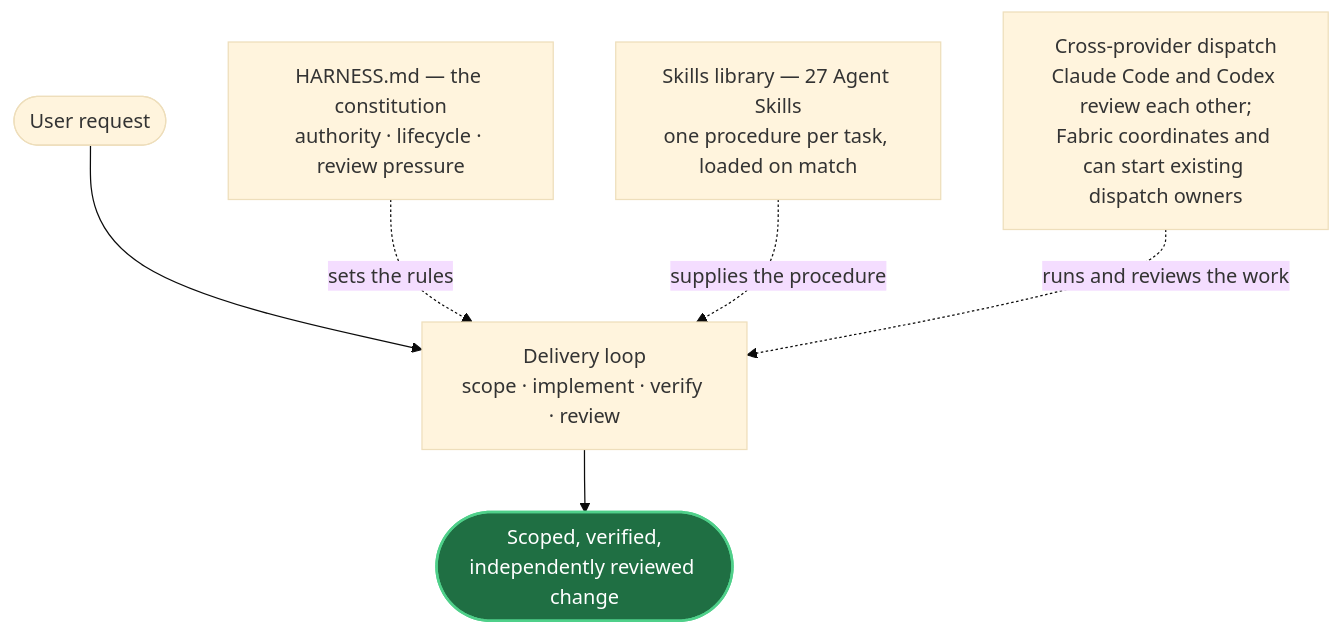
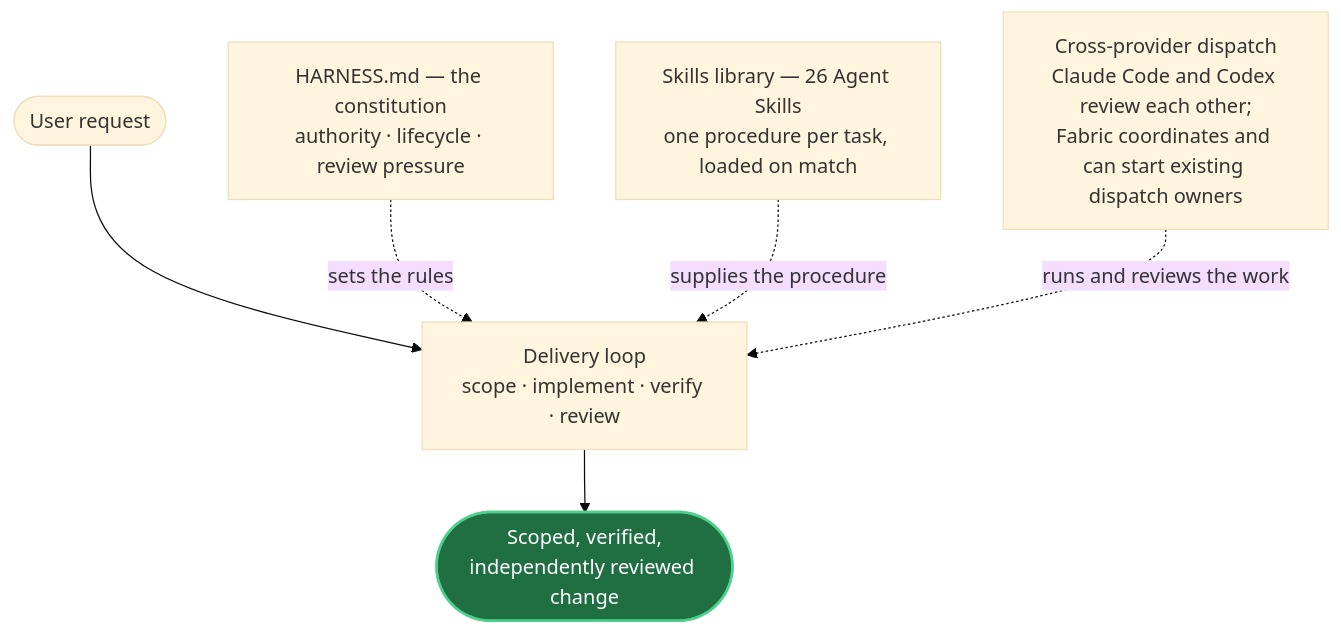
The first of 2 diagrams in README.md (mblauberg/provenant), drawn with Mermaid (base theme) before and after one commit. The commit also changed other lines of this file and 16 other files, not shown here.

````diff
--- a/README.md
+++ b/README.md
@@ -37,12 +37,12 @@
 ```mermaid
 flowchart TB
     accTitle: The three parts and the delivery loop they serve
     accDescr: A user request enters the delivery loop, which runs scope, implement, verify and review, and produces a scoped, verified, independently reviewed change. Three parts act on that loop concurrently rather than in sequence. HARNESS.md, the constitution, sets the rules — authority, lifecycle and review pressure. The skills library supplies the procedure, one SKILL.md per task loaded when the task matches. Cross-provider dispatch runs and reviews the work, with Claude Code and Codex as primaries reviewing each other and Fabric providing messages, tasks, activity and a thin front door to the existing dispatch owners.
     U(["User request"]) --> LOOP["Delivery loop<br/>scope · implement · verify · review"]
     LOOP --> OUT(["Scoped, verified,<br/>independently reviewed change"])
     H["HARNESS.md — the constitution<br/>authority · lifecycle · review pressure"] -. "sets the rules" .-> LOOP
-    SK["Skills library — 27 Agent Skills<br/>one procedure per task, loaded on match"] -. "supplies the procedure" .-> LOOP
+    SK["Skills library — 26 Agent Skills<br/>one procedure per task, loaded on match"] -. "supplies the procedure" .-> LOOP
     F["Cross-provider dispatch<br/>Claude Code and Codex review each other;<br/>Fabric coordinates and can start existing dispatch owners"] -. "runs and reviews the work" .-> LOOP
     classDef out fill:#1f6f43,stroke:#4fd08a,color:#ffffff,stroke-width:2px
     class OUT out
 ```
````
